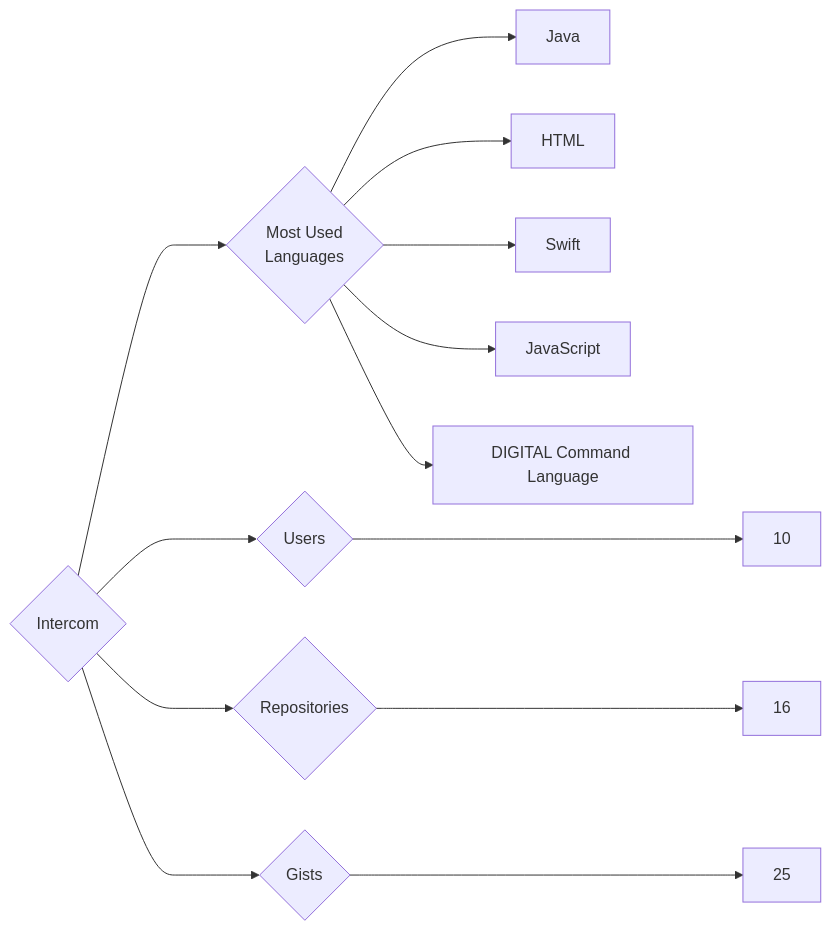
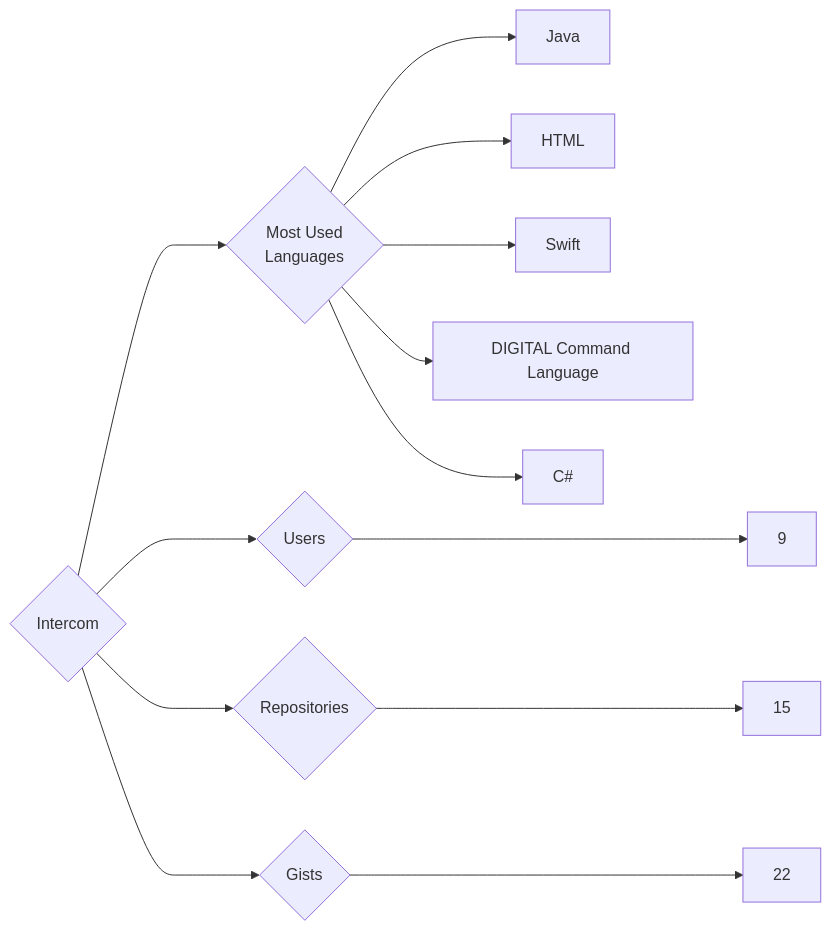
The diagram in targets/Intercom/README.md (trickest/insiders), drawn with Mermaid before and after one commit. The commit also changed 724 other files, not shown here.

````diff
--- a/targets/Intercom/README.md
+++ b/targets/Intercom/README.md
@@ -3,13 +3,13 @@
 ```mermaid
 graph LR
 COMPANY_NAME{Intercom}
-COMPANY_NAME ---> U{Users} ---> UN[10]
-COMPANY_NAME ---> R{Repositories} ---> RN[16]
-COMPANY_NAME ---> G{Gists} ---> GN[25]
+COMPANY_NAME ---> U{Users} ---> UN[9]
+COMPANY_NAME ---> R{Repositories} ---> RN[15]
+COMPANY_NAME ---> G{Gists} ---> GN[22]
 COMPANY_NAME ---> ML{Most Used<br>Languages}
 ML --> Java[Java]
 ML --> HTML[HTML]
 ML --> Swift[Swift]
-ML --> JavaScript[JavaScript]
 ML --> DIGITAL_Command_Language[DIGITAL Command Language]
+ML --> C#[C#]
 ```
````
